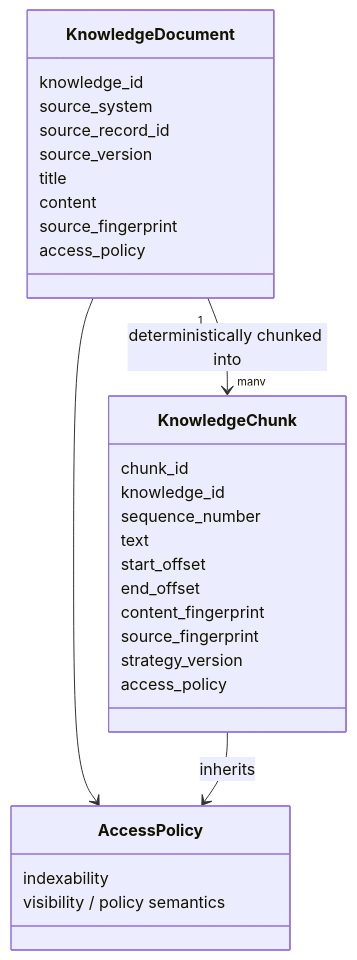
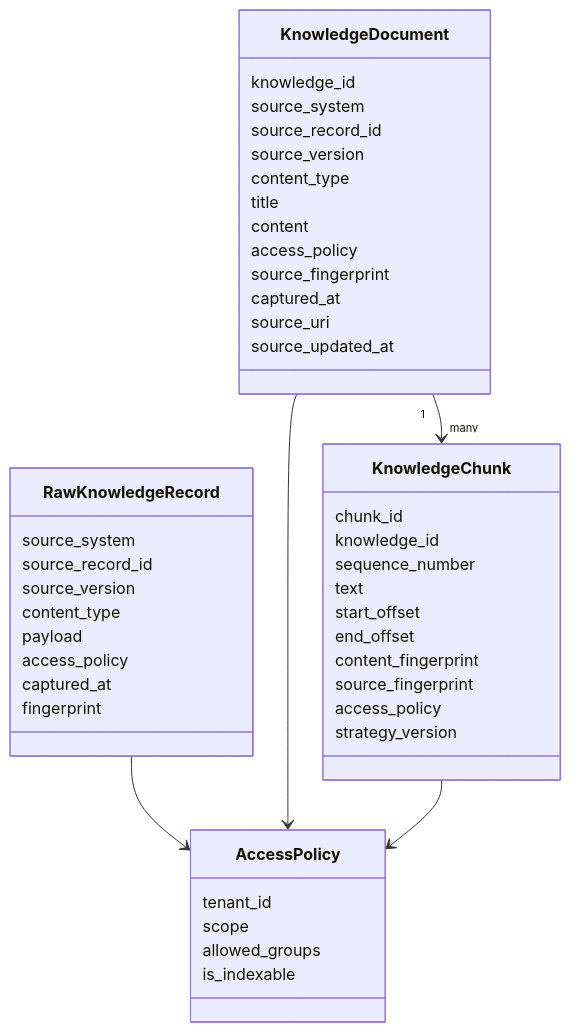
Before and after one commit to kumarchandansingh/tropos: the second of 7 diagrams in docs/architecture/KNOWLEDGE_MODEL.md, drawn with Mermaid. The commit also changed other lines of this file and 13 other files, not shown here.

Commit message:
docs: rebuild Tropos living architecture

````diff
--- a/docs/architecture/KNOWLEDGE_MODEL.md
+++ b/docs/architecture/KNOWLEDGE_MODEL.md
@@ -18,35 +24,53 @@
 ```mermaid
 classDiagram
+    class AccessPolicy {
+      tenant_id
+      scope
+      allowed_groups
+      is_indexable
+    }
+
+    class RawKnowledgeRecord {
+      source_system
+      source_record_id
+      source_version
+      content_type
+      payload
+      access_policy
+      captured_at
+      fingerprint
+    }
+
     class KnowledgeDocument {
       knowledge_id
       source_system
       source_record_id
       source_version
+      content_type
       title
       content
+      access_policy
       source_fingerprint
-      access_policy
+      captured_at
+      source_uri
+      source_updated_at
     }
 
     class KnowledgeChunk {
       chunk_id
       knowledge_id
       sequence_number
       text
       start_offset
       end_offset
       content_fingerprint
       source_fingerprint
+      access_policy
       strategy_version
-      access_policy
     }
 
-    class AccessPolicy {
-      indexability
-      visibility / policy semantics
-    }
-
-    KnowledgeDocument "1" --> "many" KnowledgeChunk : deterministically chunked into
+    RawKnowledgeRecord --> AccessPolicy
     KnowledgeDocument --> AccessPolicy
-    KnowledgeChunk --> AccessPolicy : inherits
+    KnowledgeDocument "1" --> "many" KnowledgeChunk
+    KnowledgeChunk --> AccessPolicy
 ```
````
